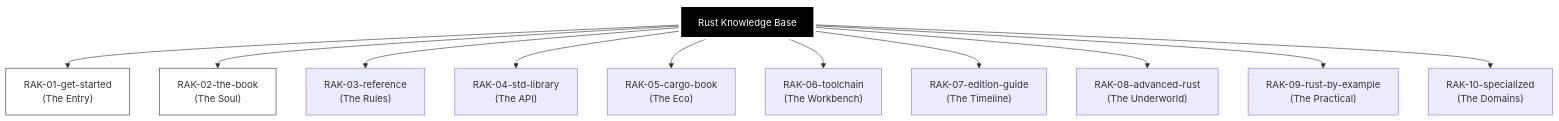
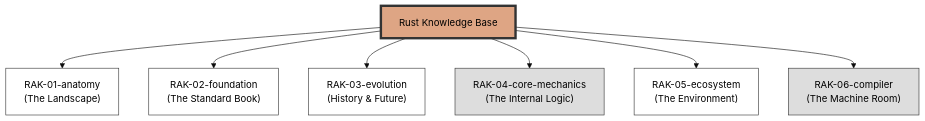
The diagram in README.md (syahputrawork98-sketch/Rust-Knowledge-Base), drawn with Mermaid before and after one commit. The commit also changed other lines of this file and 5 other files, not shown here.

Commit message:
docs: Revise README to implement a 6-rack architecture and detail quality standards for the Rust Knowledge Base.

````diff
--- a/README.md
+++ b/README.md
@@ -10,21 +8,22 @@
 ```mermaid
+%%{init: {'theme': 'base', 'themeVariables': { 'primaryColor': '#DEA584', 'primaryTextColor': '#000'}}}%%
 graph TD
     Root["Rust Knowledge Base"]
     
-    RAK01["RAK-01-get-started<br/>(The Entry)"]
-    RAK02["RAK-02-the-book<br/>(The Soul)"]
-    RAK03["RAK-03-reference<br/>(The Rules)"]
-    RAK04["RAK-04-std-library<br/>(The API)"]
-    RAK05["RAK-05-cargo-book<br/>(The Eco)"]
-    RAK06["RAK-06-toolchain<br/>(The Workbench)"]
-    RAK07["RAK-07-edition-guide<br/>(The Timeline)"]
-    RAK08["RAK-08-advanced-rust<br/>(The Underworld)"]
-    RAK09["RAK-09-rust-by-example<br/>(The Practical)"]
-    RAK10["RAK-10-specialized<br/>(The Domains)"]
+    RAK01["RAK-01-anatomy<br/>(The Landscape)"]
+    RAK02["RAK-02-foundation<br/>(The Standard Book)"]
+    RAK03["RAK-03-evolution<br/>(History & Future)"]
+    RAK04["RAK-04-core-mechanics<br/>(The Internal Logic)"]
+    RAK05["RAK-05-ecosystem<br/>(The Environment)"]
+    RAK06["RAK-06-compiler<br/>(The Machine Room)"]
     
-    Root --> RAK01 & RAK02 & RAK03 & RAK04 & RAK05 & RAK06 & RAK07 & RAK08 & RAK09 & RAK10
+    Root --> RAK01 & RAK02 & RAK03 & RAK04 & RAK05 & RAK06
     
-    style Root fill:#000,stroke:#fff,stroke-width:4px,color:#fff
+    style Root fill:#DEA584,stroke:#333,stroke-width:4px,color:#000
     style RAK01 fill:#fff,stroke:#333
     style RAK02 fill:#fff,stroke:#333
+    style RAK03 fill:#fff,stroke:#333
+    style RAK04 fill:#ddd,stroke:#333
+    style RAK05 fill:#fff,stroke:#333
+    style RAK06 fill:#ddd,stroke:#333
 ```
````
